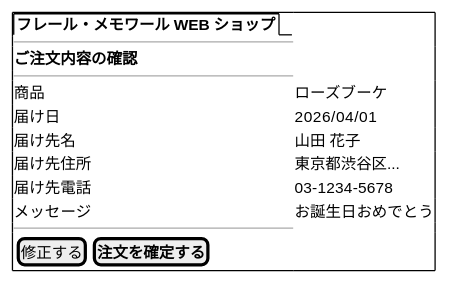
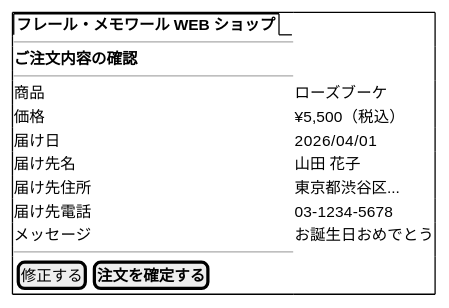
One commit to k2works/case-study-sdd-development changed the fifth of 14 diagrams in docs/design/ui-design.md. Above: the diagram before and after it, drawn with PlantUML. The commit also changed other lines of this file and 2 other files, not shown here.

````diff
--- a/docs/design/ui-design.md
+++ b/docs/design/ui-design.md
@@ -148,18 +152,19 @@
 ```plantuml
 @startsalt
 {+
   {/ <b>フレール・メモワール WEB ショップ }
   ---
   <b>ご注文内容の確認
   ---
   商品     | ローズブーケ
+  価格     | ¥5,500（税込）
   届け日   | 2026/04/01
   届け先名 | 山田 花子
   届け先住所 | 東京都渋谷区...
   届け先電話 | 03-1234-5678
   メッセージ | お誕生日おめでとう
   ---
   { [ 修正する ] | [ <b>注文を確定する ] }
 }
 @endsalt
 ```
````
